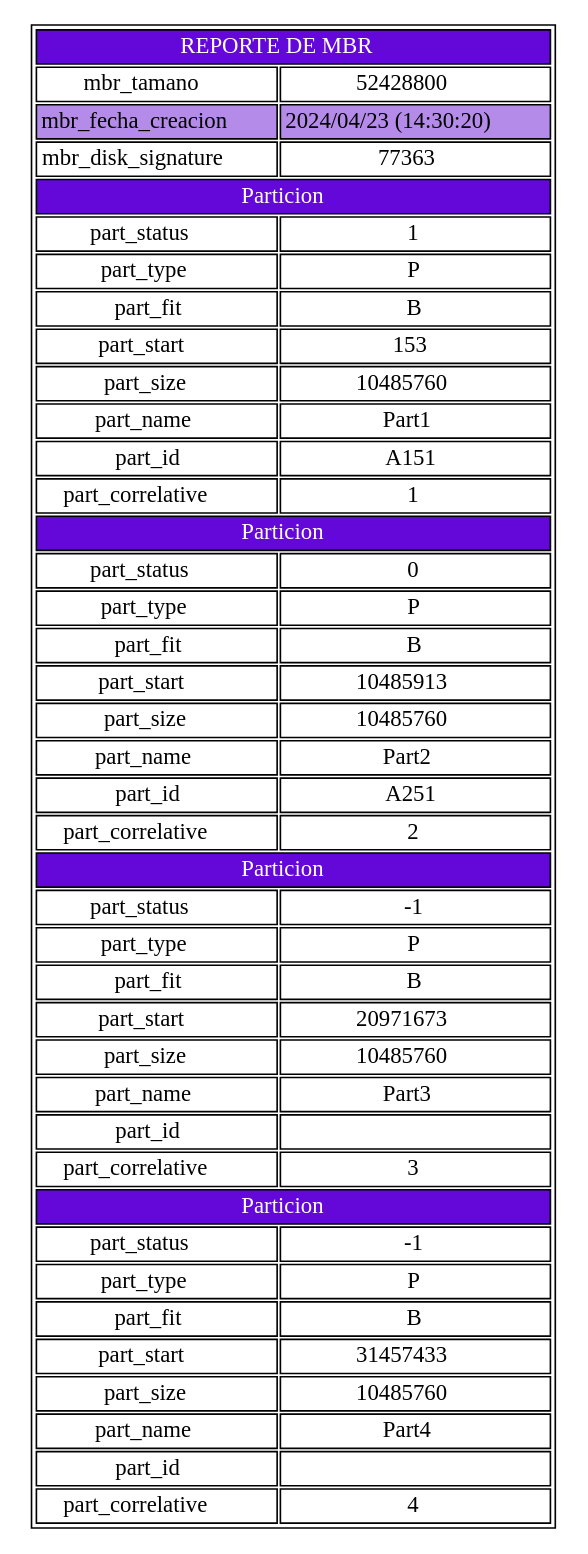
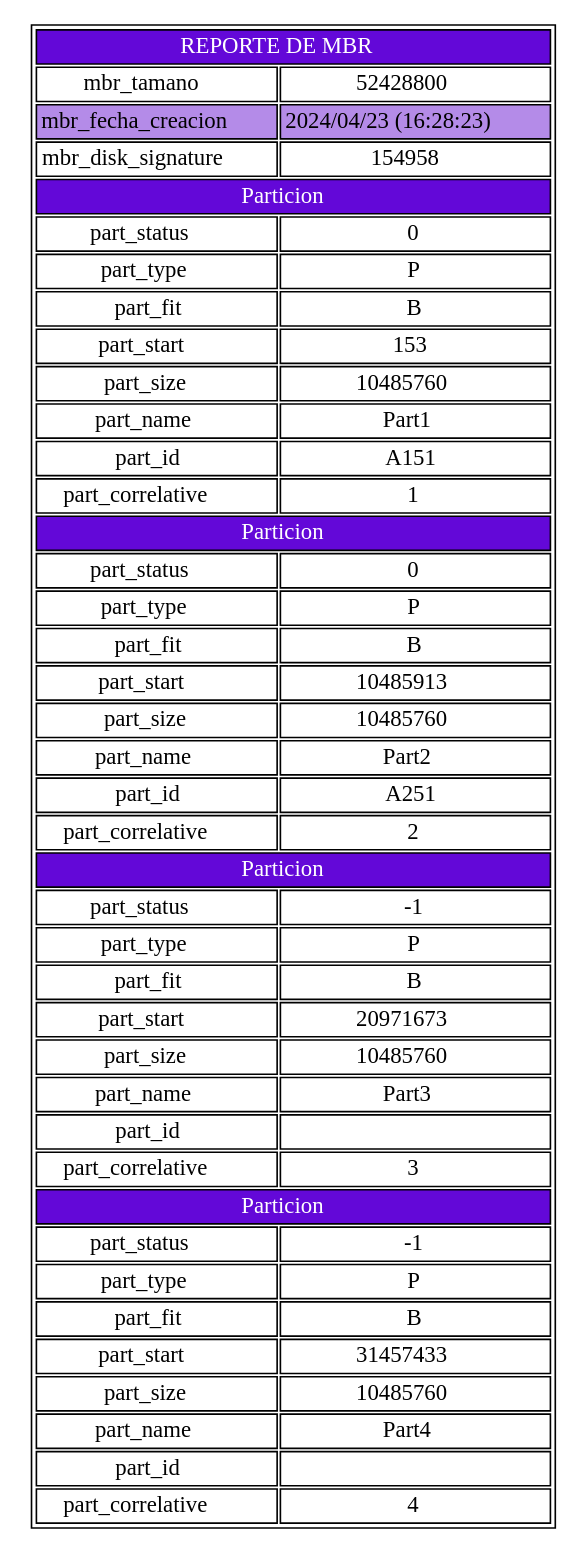
The diagram in Backend/Rep/reporte3.dot (Iskandar1412/MIA_P2_201906051_S12024), drawn with Graphviz before and after one commit. The commit also changed 9 other files, not shown here.

```diff
--- a/Backend/Rep/reporte3.dot
+++ b/Backend/Rep/reporte3.dot
@@ -1,150 +1,150 @@
 digraph G{
 	node[shape=none];
 	start[label=<<table>
 		<tr><td colspan="2" bgcolor="#6308d8"><font color="white">REPORTE DE MBR</font></td></tr>
 		<tr>
 			<td>mbr_tamano</td>
 			<td>52428800</td>
 		</tr>
 		<tr>
 			<td bgcolor="#b48be8">mbr_fecha_creacion</td>
-			<td bgcolor="#b48be8">2024/04/23 (14:30:20)</td>
+			<td bgcolor="#b48be8">2024/04/23 (16:28:23)</td>
 		</tr>
 		<tr>
 			<td>mbr_disk_signature</td>
-			<td>77363</td>
+			<td>154958</td>
 		</tr>
 		<tr><td colspan="2" bgcolor="#6308d8"><font color="white">Particion</font></td></tr>
 		<tr>
 			<td>part_status</td>
-			<td>1</td>
+			<td>0</td>
 		</tr>
 		<tr>
 			<td brcolor="#b48be8">part_type</td>
 			<td brcolor="#b48be8">P</td>
 		</tr>
 		<tr>
 			<td>part_fit</td>
 			<td>B</td>
 		</tr>
 		<tr>
 			<td brcolor="#b48be8">part_start</td>
 			<td brcolor="#b48be8">153</td>
 		</tr>
 		<tr>
 			<td>part_size</td>
 			<td>10485760</td>
 		</tr>
 		<tr>
 			<td brcolor="#b48be8">part_name</td>
 			<td brcolor="#b48be8">Part1</td>
 		</tr>
 		<tr>
 			<td>part_id</td>
 			<td>A151</td>
 		</tr>
 		<tr>
 			<td brcolor="#b48be8">part_correlative</td>
 			<td brcolor="#b48be8">1</td>
 		</tr>
 		<tr><td colspan="2" bgcolor="#6308d8"><font color="white">Particion</font></td></tr>
 		<tr>
 			<td>part_status</td>
 			<td>0</td>
 		</tr>
 		<tr>
 			<td brcolor="#b48be8">part_type</td>
 			<td brcolor="#b48be8">P</td>
 		</tr>
 		<tr>
 			<td>part_fit</td>
 			<td>B</td>
 		</tr>
 		<tr>
 			<td brcolor="#b48be8">part_start</td>
 			<td brcolor="#b48be8">10485913</td>
 		</tr>
 		<tr>
 			<td>part_size</td>
 			<td>10485760</td>
 		</tr>
 		<tr>
 			<td brcolor="#b48be8">part_name</td>
 			<td brcolor="#b48be8">Part2</td>
 		</tr>
 		<tr>
 			<td>part_id</td>
 			<td>A251</td>
 		</tr>
 		<tr>
 			<td brcolor="#b48be8">part_correlative</td>
 			<td brcolor="#b48be8">2</td>
 		</tr>
 		<tr><td colspan="2" bgcolor="#6308d8"><font color="white">Particion</font></td></tr>
 		<tr>
 			<td>part_status</td>
 			<td>-1</td>
 		</tr>
 		<tr>
 			<td brcolor="#b48be8">part_type</td>
 			<td brcolor="#b48be8">P</td>
 		</tr>
 		<tr>
 			<td>part_fit</td>
 			<td>B</td>
 		</tr>
 		<tr>
 			<td brcolor="#b48be8">part_start</td>
 			<td brcolor="#b48be8">20971673</td>
 		</tr>
 		<tr>
 			<td>part_size</td>
 			<td>10485760</td>
 		</tr>
 		<tr>
 			<td brcolor="#b48be8">part_name</td>
 			<td brcolor="#b48be8">Part3</td>
 		</tr>
 		<tr>
 			<td>part_id</td>
 			<td></td>
 		</tr>
 		<tr>
 			<td brcolor="#b48be8">part_correlative</td>
 			<td brcolor="#b48be8">3</td>
 		</tr>
 		<tr><td colspan="2" bgcolor="#6308d8"><font color="white">Particion</font></td></tr>
 		<tr>
 			<td>part_status</td>
 			<td>-1</td>
 		</tr>
 		<tr>
 			<td brcolor="#b48be8">part_type</td>
 			<td brcolor="#b48be8">P</td>
 		</tr>
 		<tr>
 			<td>part_fit</td>
 			<td>B</td>
 		</tr>
 		<tr>
 			<td brcolor="#b48be8">part_start</td>
 			<td brcolor="#b48be8">31457433</td>
 		</tr>
 		<tr>
 			<td>part_size</td>
 			<td>10485760</td>
 		</tr>
 		<tr>
 			<td brcolor="#b48be8">part_name</td>
 			<td brcolor="#b48be8">Part4</td>
 		</tr>
 		<tr>
 			<td>part_id</td>
 			<td></td>
 		</tr>
 		<tr>
 			<td brcolor="#b48be8">part_correlative</td>
 			<td brcolor="#b48be8">4</td>
 		</tr>
 	</table>>];
 }
```
